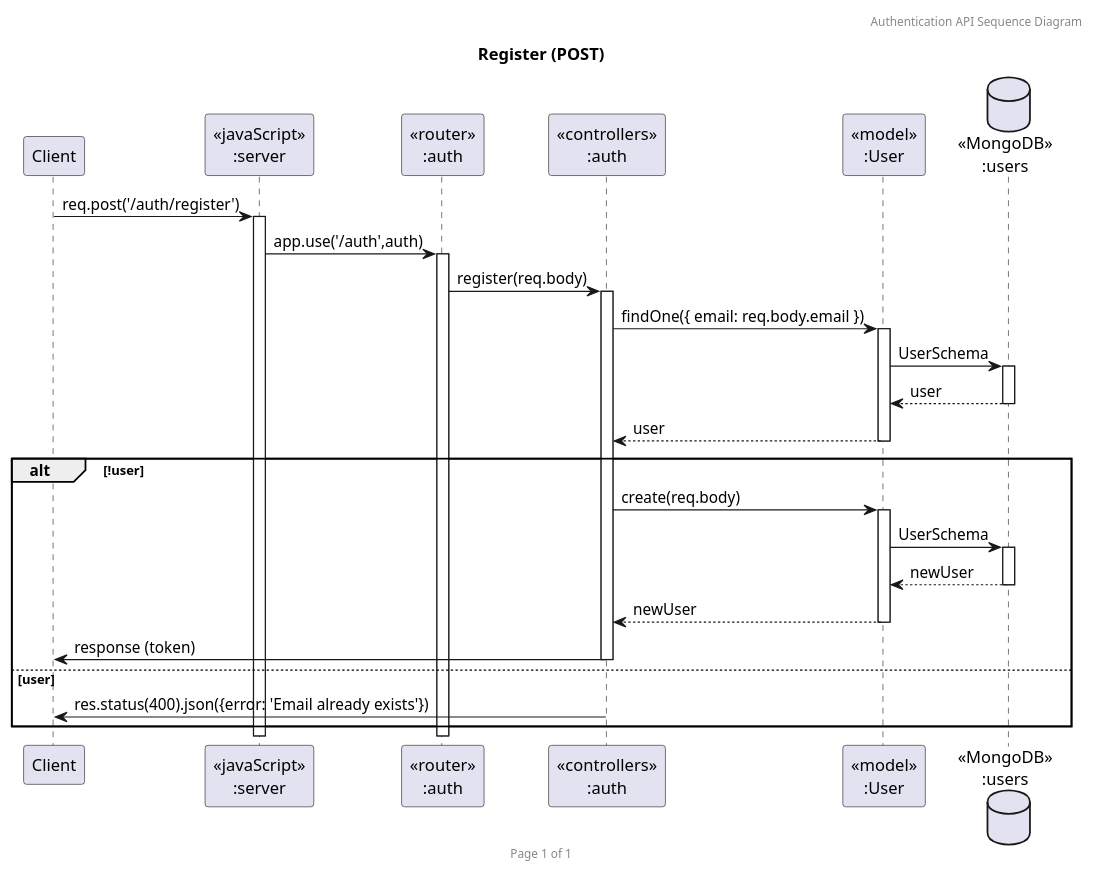
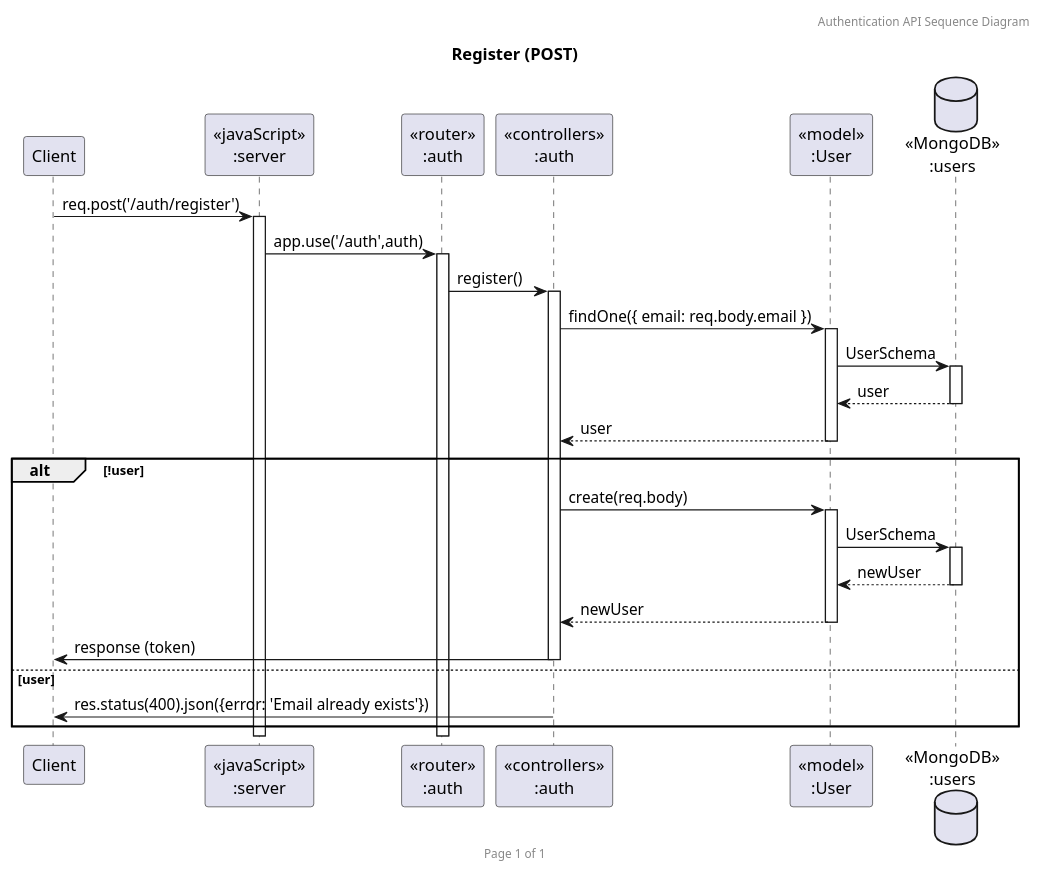
Before and after one commit to IamMrTeapot/BackendClass: the diagram in plant-uml/sequence-diagrams/auth/Register.puml, drawn with PlantUML. The commit also changed 3 other files, not shown here.

```diff
--- a/plant-uml/sequence-diagrams/auth/Register.puml
+++ b/plant-uml/sequence-diagrams/auth/Register.puml
@@ -1,31 +1,31 @@
 @startuml Register (POST)
 
 header Authentication API Sequence Diagram
 footer Page %page% of %lastpage%
 title "Register (POST)"
 
 participant "Client" as client
 participant "<<javaScript>>\n:server" as server
 participant "<<router>>\n:auth" as routerAuth
 participant "<<controllers>>\n:auth" as controllersAuth
 participant "<<model>>\n:User" as modelUser
 database "<<MongoDB>>\n:users" as UsersDatabase
 
 client->server ++:req.post('/auth/register')
 server->routerAuth ++:app.use('/auth',auth)
-routerAuth -> controllersAuth ++:register(req.body)
+routerAuth -> controllersAuth ++:register()
 controllersAuth->modelUser ++:findOne({ email: req.body.email })
 modelUser ->UsersDatabase ++: UserSchema
 UsersDatabase --> modelUser --: user
 modelUser --> controllersAuth --: user
 alt !user
     controllersAuth->modelUser ++:create(req.body)
     modelUser ->UsersDatabase ++: UserSchema
     UsersDatabase --> modelUser --: newUser
     controllersAuth <-- modelUser --:newUser
     controllersAuth->client --:response (token)
 else user
     controllersAuth -> client --:res.status(400).json({error: 'Email already exists'})
 end
 
 @enduml
```
